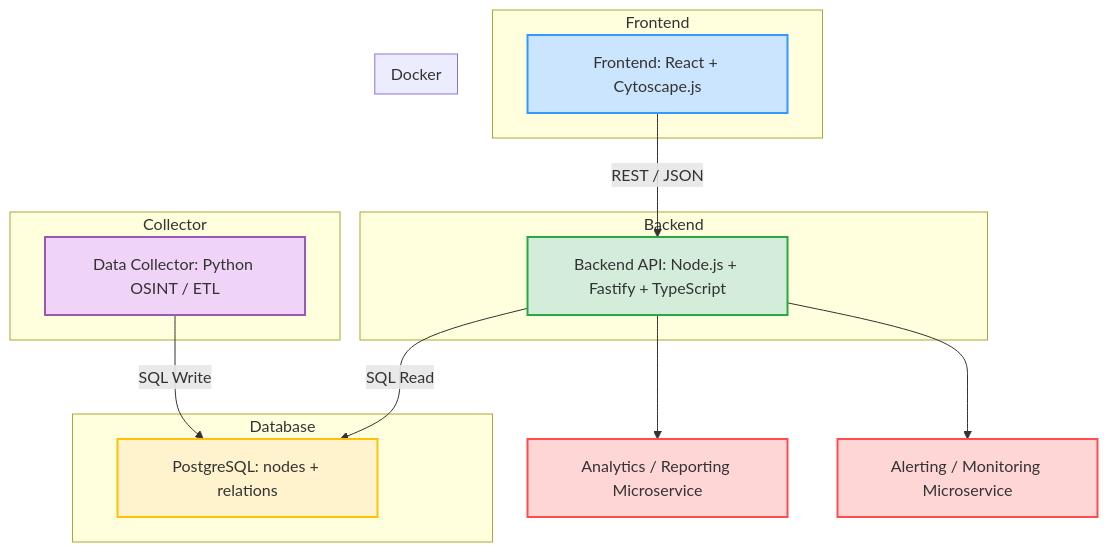
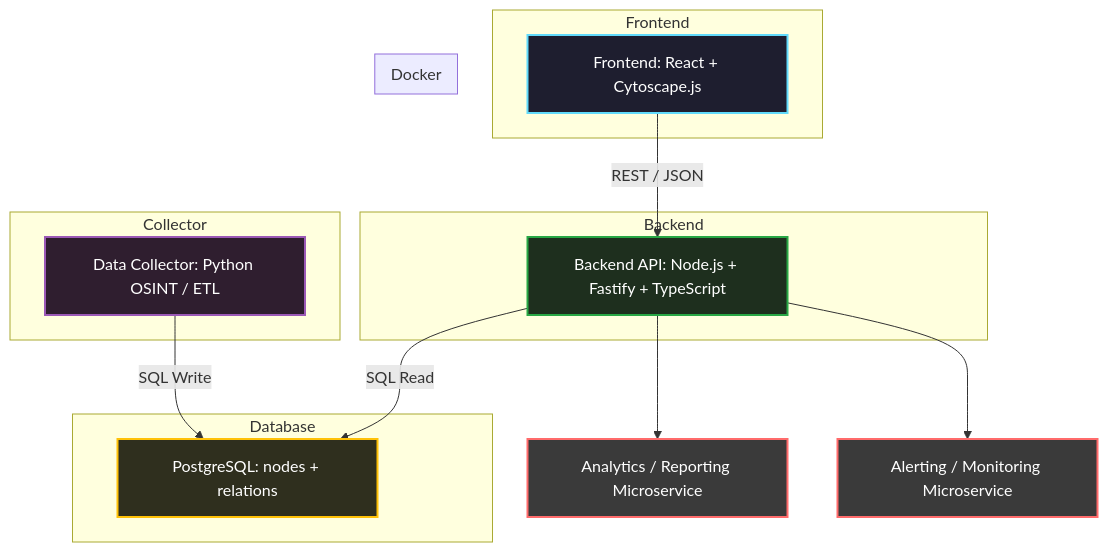
Before and after one commit to z1gonzo/state-graph: the diagram in diagram.md, drawn with Mermaid.

Commit message:
diagram dark mode

````diff
--- a/diagram.md
+++ b/diagram.md
@@ -5,56 +5,56 @@
 ```mermaid
-%% Extended architecture diagram for state-graph project
+%% Extended architecture diagram for state-graph project (dark mode friendly)
 graph TD
     %% Frontend
     subgraph Frontend
         FE[Frontend: React + Cytoscape.js] 
     end
 
     %% Backend API
     subgraph Backend
         BE[Backend API: Node.js + Fastify + TypeScript]
     end
 
     %% Database
     subgraph Database
         DB[PostgreSQL: nodes + relations]
     end
 
     %% Data Collector
     subgraph Collector
         COL[Data Collector: Python OSINT / ETL]
     end
 
     %% Docker Orchestration
     subgraph Docker
         FE
         BE
         DB
         COL
     end
 
     %% Data flows
     FE -->|REST / JSON| BE
     BE -->|SQL Read| DB
     COL -->|SQL Write| DB
 
     %% Future microservices (optional)
     ANALYTICS[Analytics / Reporting Microservice]
     ALERTS[Alerting / Monitoring Microservice]
     BE --> ANALYTICS
     BE --> ALERTS
 
-    %% Styling
-    classDef frontend fill:#cce5ff,stroke:#3399ff,stroke-width:2px;
-    classDef backend fill:#d4edda,stroke:#28a745,stroke-width:2px;
-    classDef database fill:#fff3cd,stroke:#ffc107,stroke-width:2px;
-    classDef collector fill:#f0d4f7,stroke:#9b59b6,stroke-width:2px;
-    classDef microservice fill:#ffd6d6,stroke:#ff4d4d,stroke-width:2px;
+    %% Styling for dark mode
+    classDef frontend fill:#1e1e2f,stroke:#61dafb,stroke-width:2px,color:#ffffff;
+    classDef backend fill:#1e2f1e,stroke:#28a745,stroke-width:2px,color:#ffffff;
+    classDef database fill:#2f2f1e,stroke:#ffc107,stroke-width:2px,color:#ffffff;
+    classDef collector fill:#2f1e2f,stroke:#9b59b6,stroke-width:2px,color:#ffffff;
+    classDef microservice fill:#3a3a3a,stroke:#ff6b6b,stroke-width:2px,color:#ffffff;
 
     class FE frontend
     class BE backend
     class DB database
     class COL collector
     class ANALYTICS microservice
     class ALERTS microservice
 ```
````
